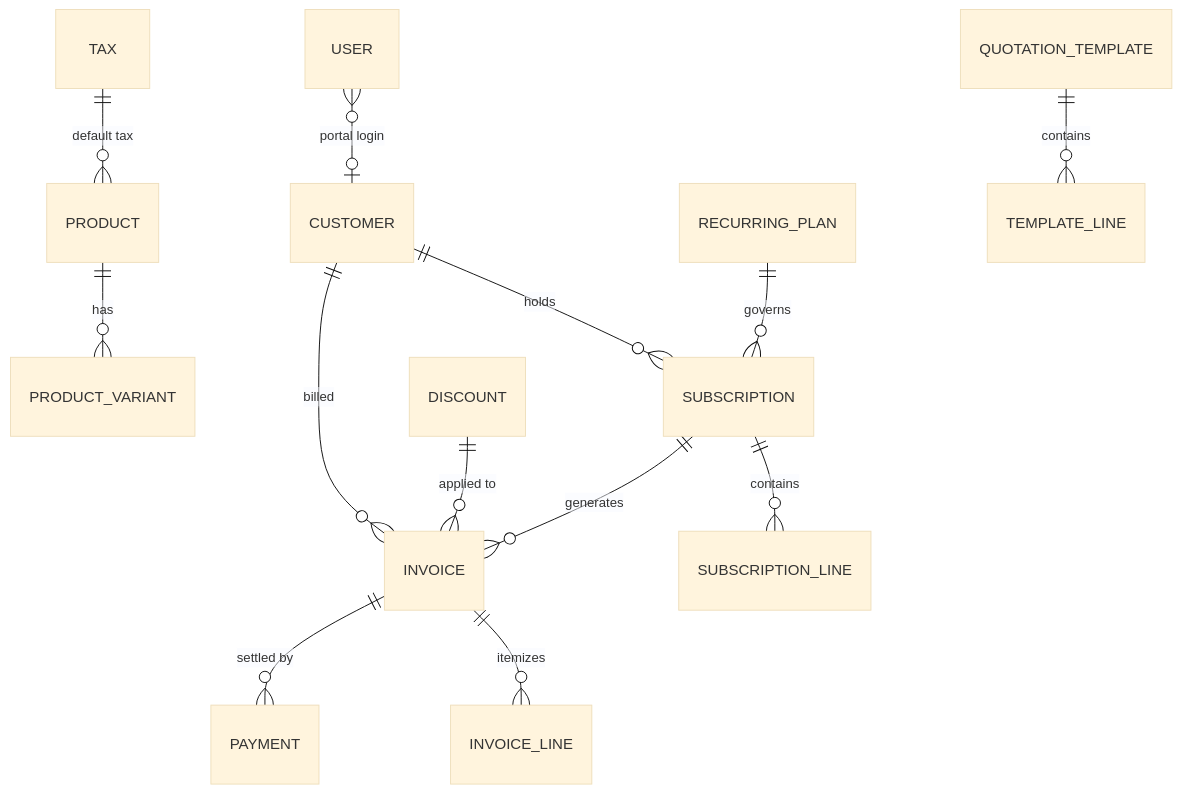
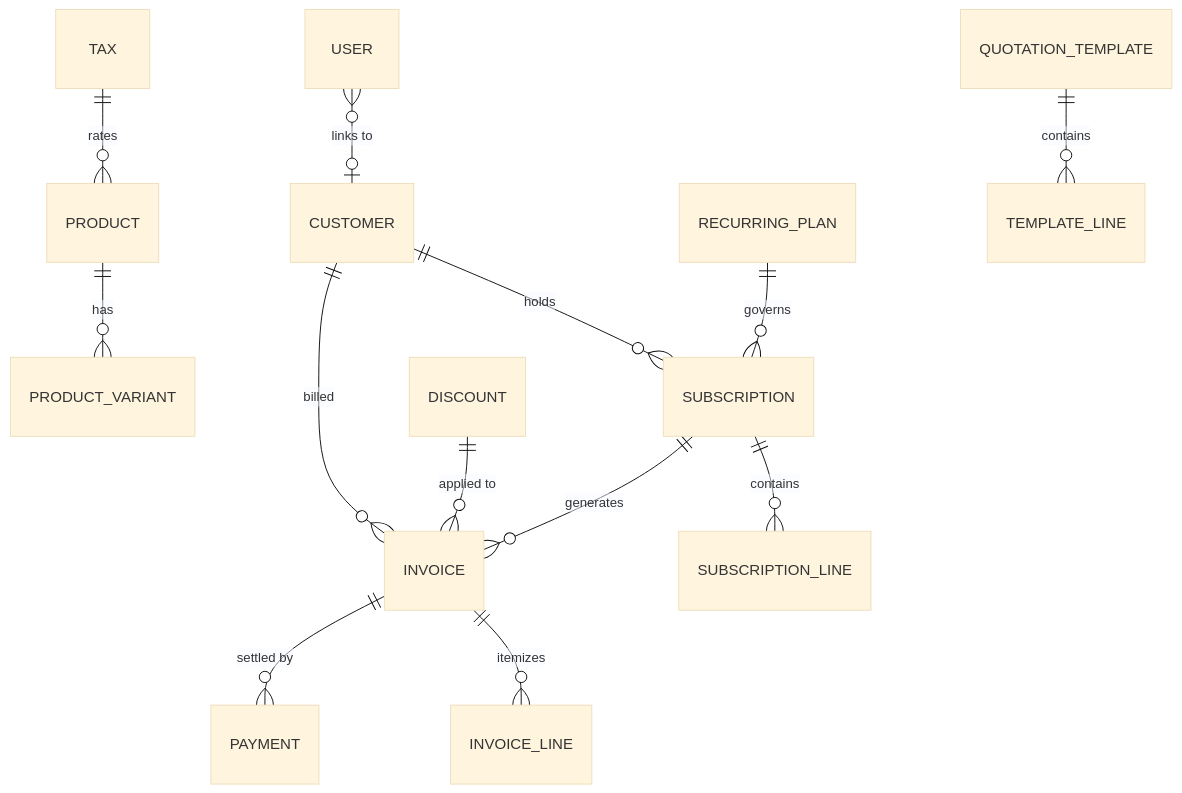
One commit to jisssz/make_a_ton changed the fourth of 4 diagrams in README.md. Above: the diagram before and after it, drawn with Mermaid (base theme). The commit also changed other lines of this file and 2 other files, not shown here.

Commit message:
docs: complete comprehensive production README, architecture diagrams, demo script, and MIT license

````diff
--- a/README.md
+++ b/README.md
@@ -154,15 +283,15 @@
 ```mermaid
 erDiagram
     CUSTOMER ||--o{ SUBSCRIPTION : holds
     CUSTOMER ||--o{ INVOICE : billed
-    USER }o--o| CUSTOMER : "portal login"
+    USER }o--o| CUSTOMER : "links to"
     PRODUCT ||--o{ PRODUCT_VARIANT : has
     RECURRING_PLAN ||--o{ SUBSCRIPTION : governs
     QUOTATION_TEMPLATE ||--o{ TEMPLATE_LINE : contains
     SUBSCRIPTION ||--o{ SUBSCRIPTION_LINE : contains
     SUBSCRIPTION ||--o{ INVOICE : generates
     INVOICE ||--o{ INVOICE_LINE : itemizes
     INVOICE ||--o{ PAYMENT : "settled by"
     DISCOUNT ||--o{ INVOICE : "applied to"
-    TAX ||--o{ PRODUCT : "default tax"
+    TAX ||--o{ PRODUCT : "rates"
 ```
````
